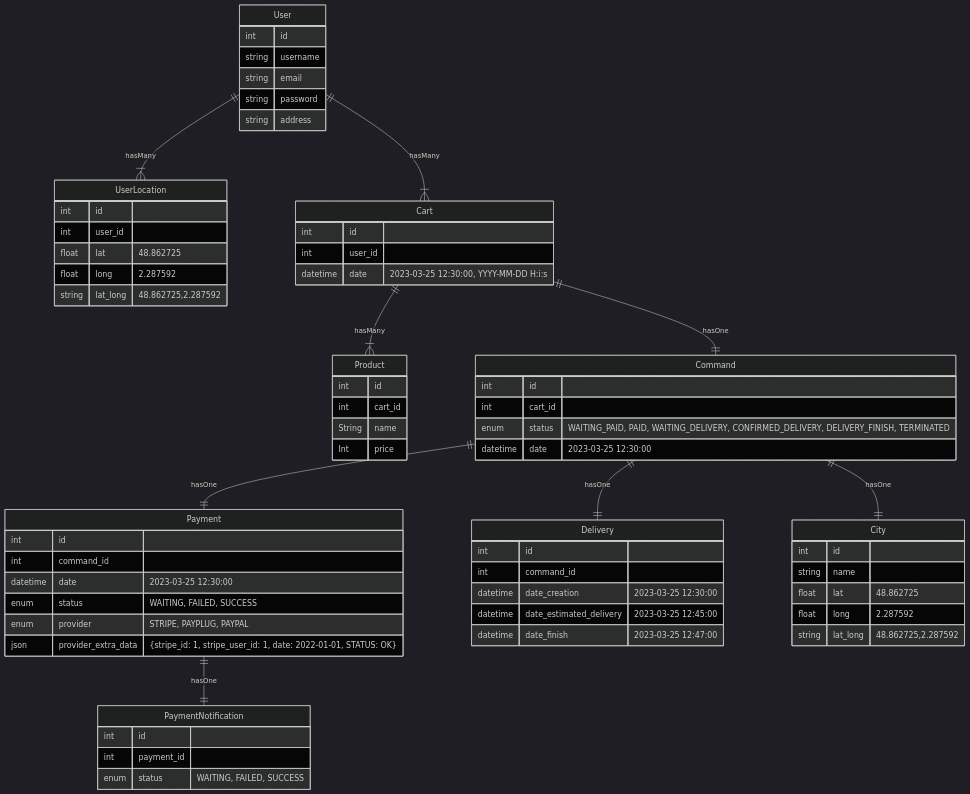
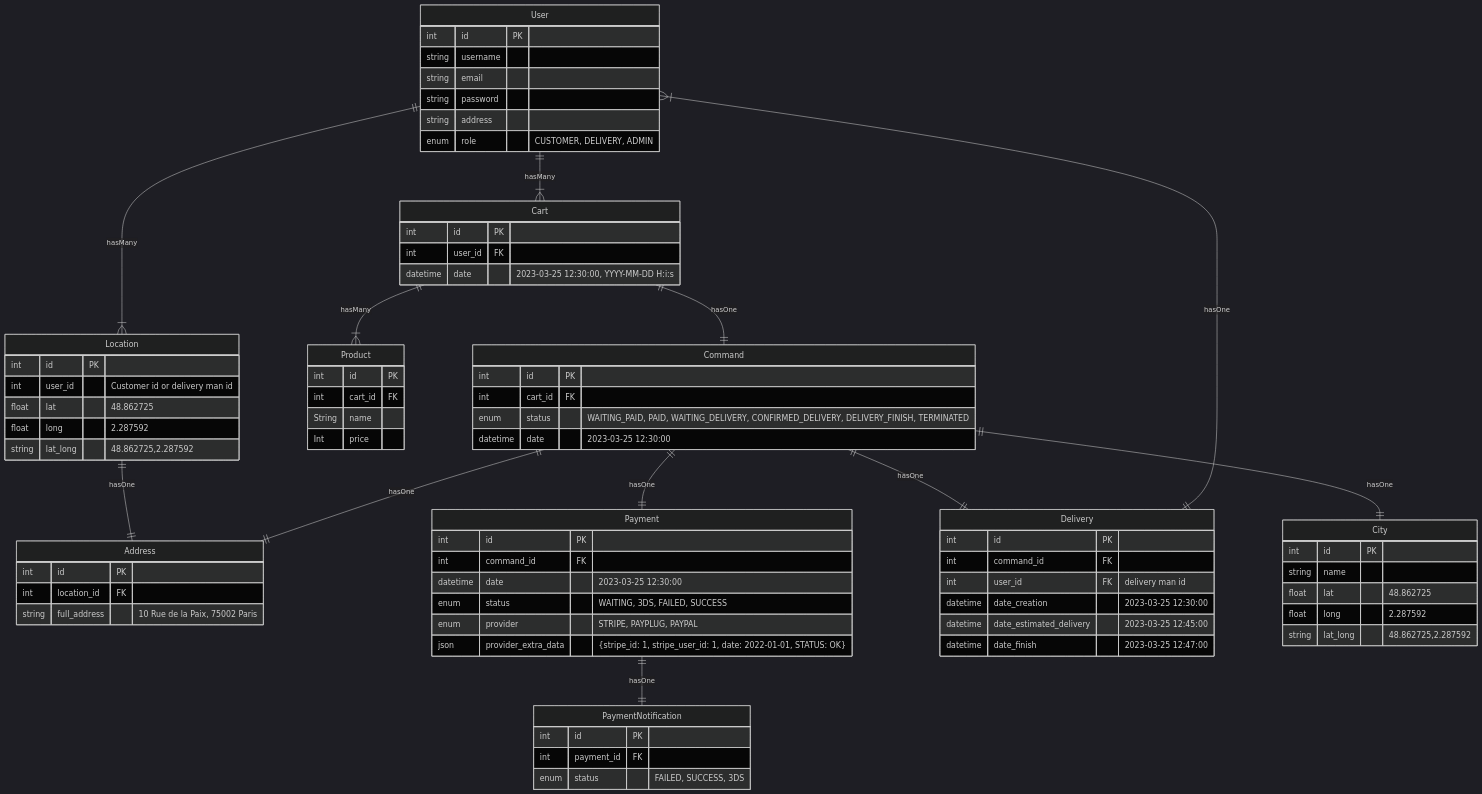
One commit to joussin/api_allopico_old changed the first of 6 diagrams in readme.md. Above: the diagram before and after it, drawn with Mermaid (dark theme). The commit also changed other lines of this file, not shown here.

````diff
--- a/readme.md
+++ b/readme.md
@@ -27,6 +29,7 @@
 ```mermaid  
 erDiagram
-    User ||--|{ UserLocation : hasMany
+    User ||--|{ Location : hasMany
+    Location ||--|| Address : hasOne
     User ||--|{ Cart : hasMany
     
     Cart ||--|{ Product : hasMany
@@ -34,76 +37,88 @@
     
     Command ||--|| Payment : hasOne
     Command ||--|| Delivery : hasOne
-
     Command ||--|| City : hasOne
+    Command ||--|| Address : hasOne
     
     Payment ||--|| PaymentNotification : hasOne
+    
+    Delivery ||--|{ User : hasOne
 
     
+    
     City {
-        int id
+        int id PK
         string name
 	float lat "48.862725"
 	float long "2.287592"
 	string lat_long "48.862725,2.287592"
     }
         
-    UserLocation {
-        int id
-        int user_id
+    Location {
+        int id PK
+        int user_id "Customer id or delivery man id"
+        
 	float lat "48.862725"
 	float long "2.287592"
 	string lat_long "48.862725,2.287592"
+    }        
+    
+    Address {
+        int id PK
+        int location_id FK
+	    string full_address "10 Rue de la Paix, 75002 Paris"
     }
     
     User {
-        int id
+        int id PK
         string username
         string email
         string password
         string address
+        enum role "CUSTOMER, DELIVERY, ADMIN"
     }
     
     
     Product {
-		int id  
-		int cart_id  
+		int id PK  
+		int cart_id FK
 		String name  
 		Int price  
 	}
     
     Cart {
-	     int id
-	     int user_id
+	     int id PK
+	     int user_id FK
 	     datetime date "2023-03-25 12:30:00, YYYY-MM-DD H:i:s"
 	}
     
     Command {
-	     int id
-	     int cart_id
+	     int id PK
+	     int cart_id FK
 	enum status "WAITING_PAID, PAID, WAITING_DELIVERY, CONFIRMED_DELIVERY, DELIVERY_FINISH, TERMINATED"
 	datetime date "2023-03-25 12:30:00"
 	}
     
      
      Payment {
-            int id
-	     int command_id  
+            int id PK
+	     int command_id FK 
 		 datetime date "2023-03-25 12:30:00"
-		 enum status "WAITING, FAILED, SUCCESS"
+		 enum status "WAITING, 3DS, FAILED, SUCCESS"
 		 enum provider "STRIPE, PAYPLUG, PAYPAL"
 		 json provider_extra_data "{stripe_id: 1, stripe_user_id: 1, date: 2022-01-01, STATUS: OK}"
     }
     
     PaymentNotification {
-	     int id
-	     int payment_id
-		 enum status  "WAITING, FAILED, SUCCESS"
+	     int id PK
+	     int payment_id FK
+		 enum status  "FAILED, SUCCESS, 3DS"
 	}
 	    
     Delivery {
-	     int id
-	     int command_id  
+	     int id PK
+	     int command_id FK
+	     int user_id FK "delivery man id"
 	     
 	     datetime date_creation "2023-03-25 12:30:00"
 	     datetime date_estimated_delivery "2023-03-25 12:45:00"
````
